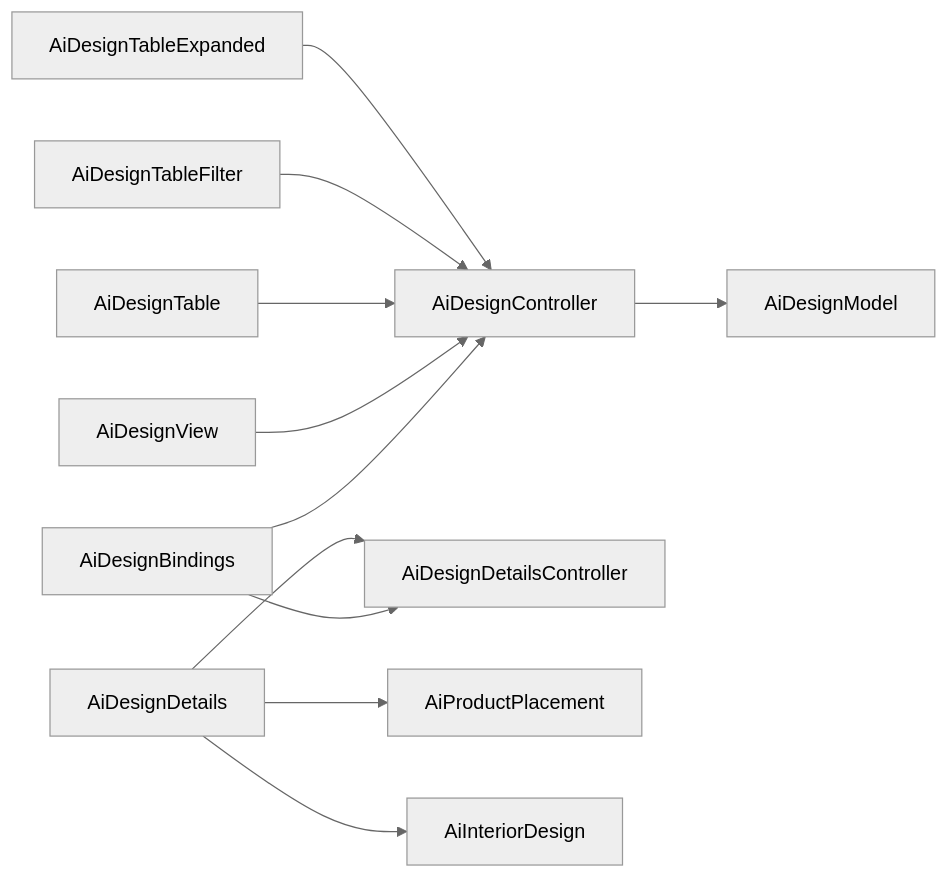
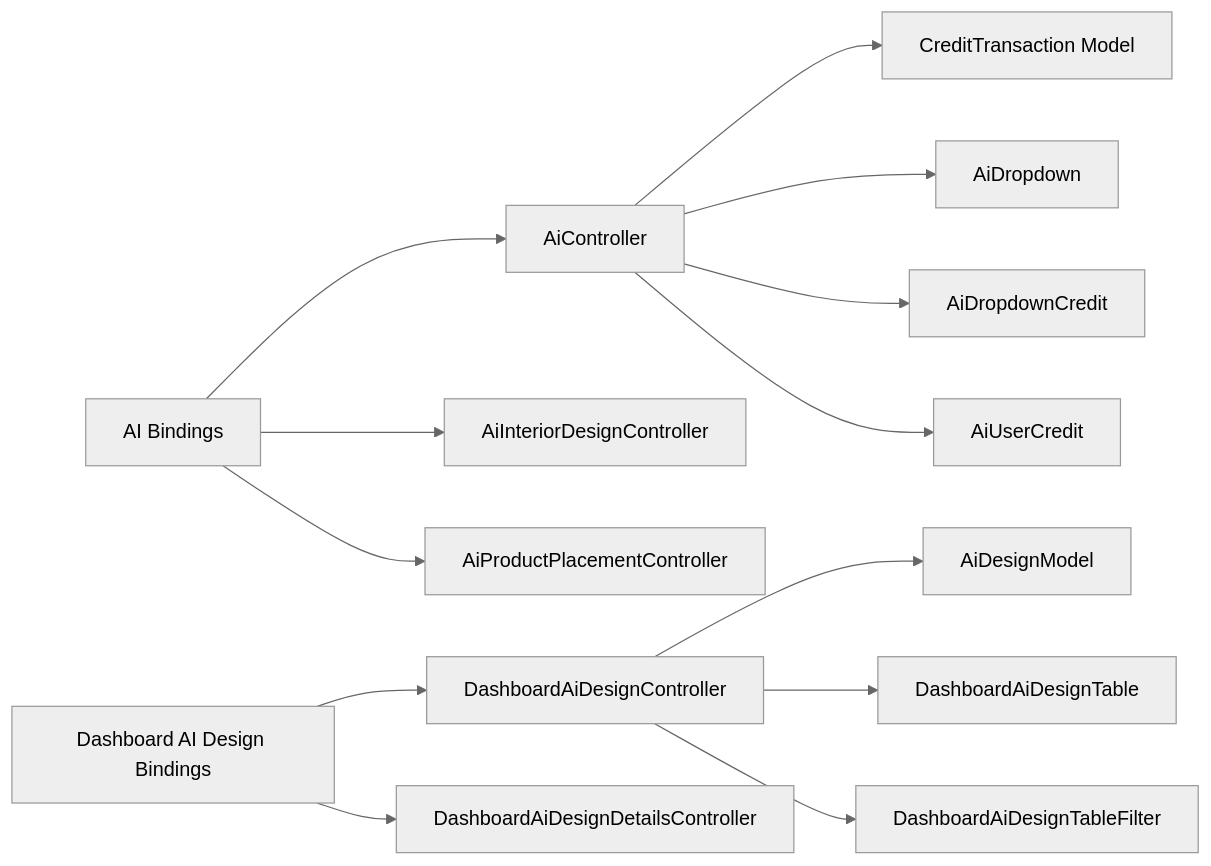
The sixth of 6 diagrams in .qoder/repowiki/en/content/Core Features/AI Design Services/AI Design Services.md (Ariful3111/FurniGo), drawn with Mermaid (neutral theme) before and after one commit. The commit also changed other lines of this file and 67 other files, not shown here.

````diff
--- a/.qoder/repowiki/en/content/Core Features/AI Design Services/AI Design Services.md
+++ b/.qoder/repowiki/en/content/Core Features/AI Design Services/AI Design Services.md
@@ -346,13 +330,15 @@
 ```mermaid
 graph LR
-B["AiDesignBindings"] --> C1["AiDesignController"]
-B --> C2["AiDesignDetailsController"]
-C1 --> M1["AiDesignModel"]
-V1["AiDesignView"] --> C1
-V2["AiDesignDetails"] --> C2
-W1["AiDesignTable"] --> C1
-W2["AiDesignTableFilter"] --> C1
-W3["AiDesignTableExpanded"] --> C1
-V2 --> W4["AiProductPlacement"]
-V2 --> W5["AiInteriorDesign"]
+AB["AI Bindings"] --> AC["AiController"]
+AB --> AIC["AiInteriorDesignController"]
+AB --> APC["AiProductPlacementController"]
+DB["Dashboard AI Design Bindings"] --> DAC["DashboardAiDesignController"]
+DB --> DADC["DashboardAiDesignDetailsController"]
+AC --> CTM["CreditTransaction Model"]
+AC --> AD["AiDropdown"]
+AC --> ADC["AiDropdownCredit"]
+AC --> AUD["AiUserCredit"]
+DAC --> ADM["AiDesignModel"]
+DAC --> DAT["DashboardAiDesignTable"]
+DAC --> DATF["DashboardAiDesignTableFilter"]
 ```
````
